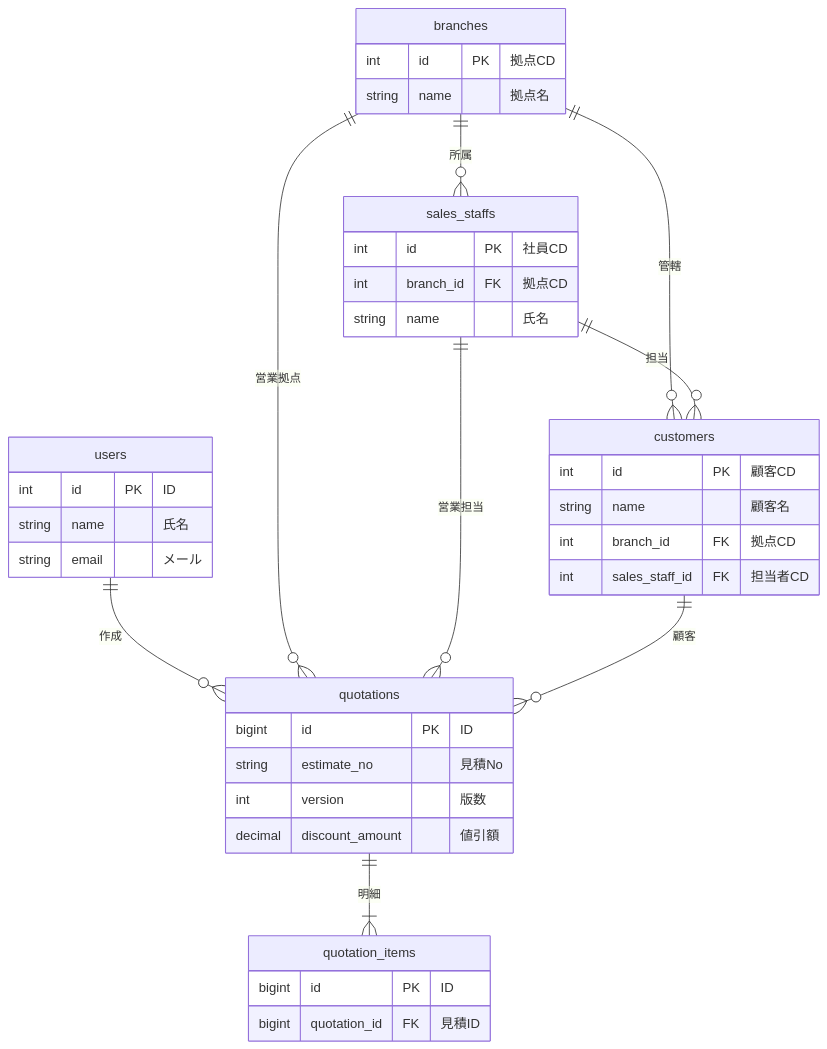
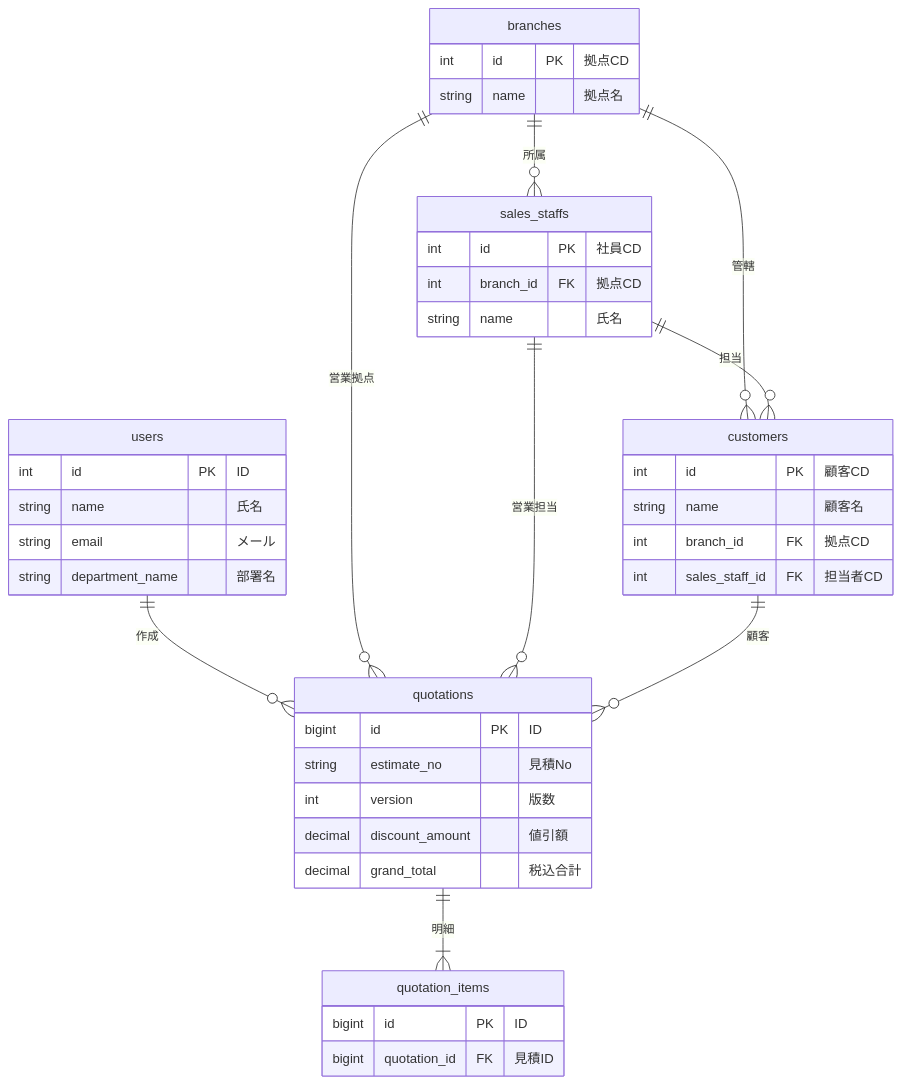
One commit to gantaro-max/quotation-app changed the diagram in backend/DATABASE.md. Above: the diagram before and after it, drawn with Mermaid. The commit also changed other lines of this file and 10 other files, not shown here.

````diff
--- a/backend/DATABASE.md
+++ b/backend/DATABASE.md
@@ -9,44 +9,46 @@
 ```mermaid
 erDiagram
     branches ||--o{ sales_staffs : "所属"
     branches ||--o{ customers : "管轄"
     sales_staffs ||--o{ customers : "担当"
 
     users ||--o{ quotations : "作成"
     branches ||--o{ quotations : "営業拠点"
     sales_staffs ||--o{ quotations : "営業担当"
     customers ||--o{ quotations : "顧客"
 
     quotations ||--|{ quotation_items : "明細"
 
     branches {
         int id PK "拠点CD"
         string name "拠点名"
     }
     users {
         int id PK "ID"
         string name "氏名"
         string email "メール"
+        string department_name "部署名"
     }
     sales_staffs {
         int id PK "社員CD"
         int branch_id FK "拠点CD"
         string name "氏名"
     }
     customers {
         int id PK "顧客CD"
         string name "顧客名"
         int branch_id FK "拠点CD"
         int sales_staff_id FK "担当者CD"
     }
     quotations {
         bigint id PK "ID"
         string estimate_no "見積No"
         int version "版数"
         decimal discount_amount "値引額"
+        decimal grand_total "税込合計"
     }
     quotation_items {
         bigint id PK "ID"
         bigint quotation_id FK "見積ID"
     }
 ```
````
